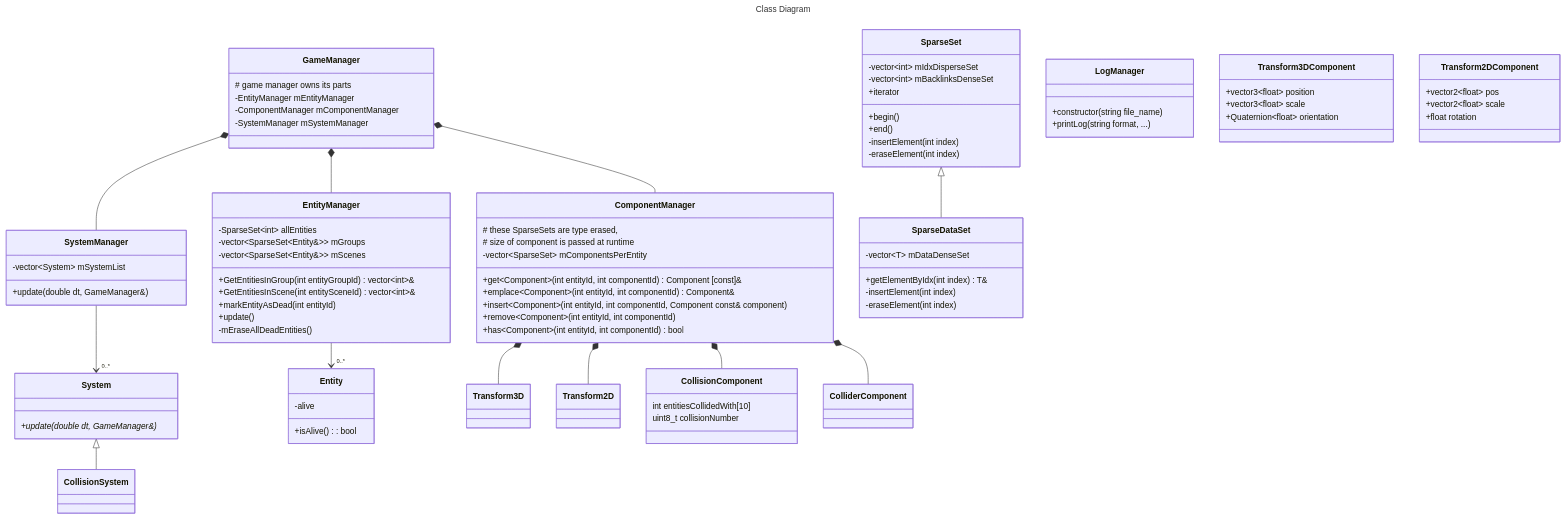
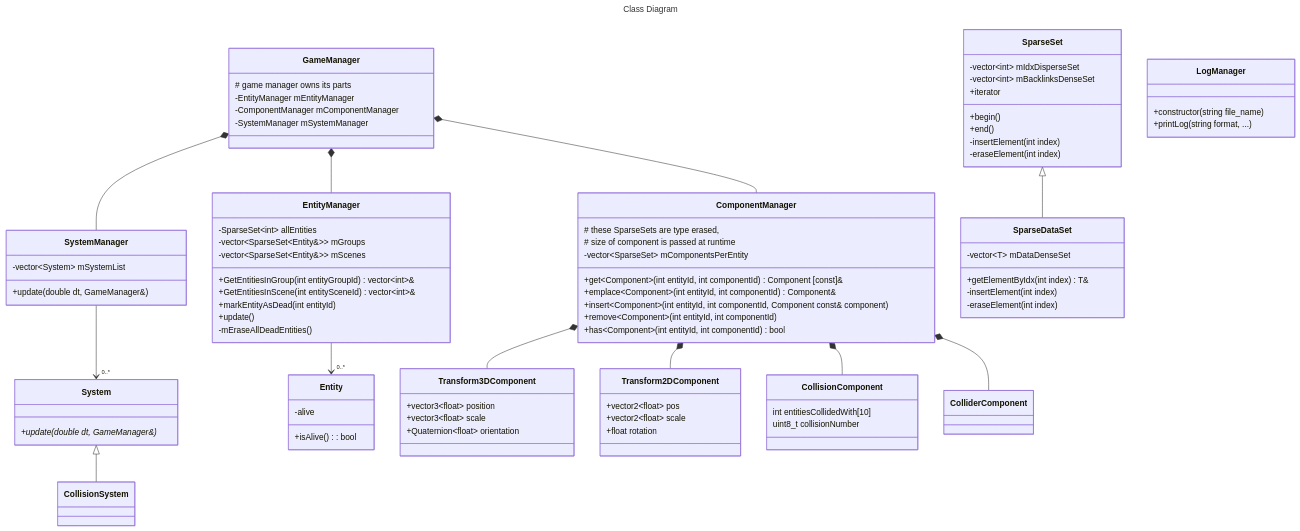
One commit to IzanDeVegaLopez/Proyectos3_GDV_2025_26 changed the second of 2 diagrams in documentation/architecture.md. Above: the diagram before and after it, drawn with Mermaid.

Commit message:
Errata en diagrama en architecture.md arreglada

```diff
--- a/documentation/architecture.md
+++ b/documentation/architecture.md
@@ -104,8 +104,8 @@
 	GameManager *-- SystemManager
 	SystemManager --> "0..*" System
 	EntityManager --> "0..*" Entity
-	ComponentManager *-- Transform3D  
-	ComponentManager *-- Transform2D
+	ComponentManager *-- Transform3DComponent  
+	ComponentManager *-- Transform2DComponent
 	ComponentManager *-- CollisionComponent
 	ComponentManager *-- ColliderComponent
 	System <|-- CollisionSystem
```
